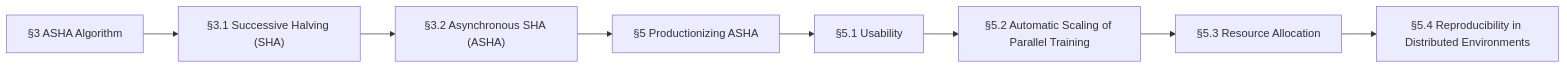
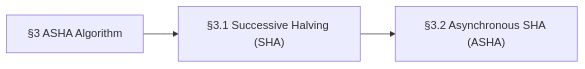
The fifth of 19 diagrams in docs/research/work-r3-budget-stop-2026-11-25.md (DarknessLED/dsh-loom), drawn with Mermaid before and after one commit. The commit also changed other lines of this file and 39 other files, not shown here.

````diff
--- a/docs/research/work-r3-budget-stop-2026-11-25.md
+++ b/docs/research/work-r3-budget-stop-2026-11-25.md
@@ -449,18 +501,8 @@
 ```mermaid
 flowchart LR
   N0["§3 ASHA Algorithm"]
   N1["§3.1 Successive Halving (SHA)"]
   N2["§3.2 Asynchronous SHA (ASHA)"]
-  N3["§5 Productionizing ASHA"]
-  N4["§5.1 Usability"]
-  N5["§5.2 Automatic Scaling of Parallel Training"]
-  N6["§5.3 Resource Allocation"]
-  N7["§5.4 Reproducibility in Distributed Environments"]
   N0 --> N1
   N1 --> N2
-  N2 --> N3
-  N3 --> N4
-  N4 --> N5
-  N5 --> N6
-  N6 --> N7
 ```
````
